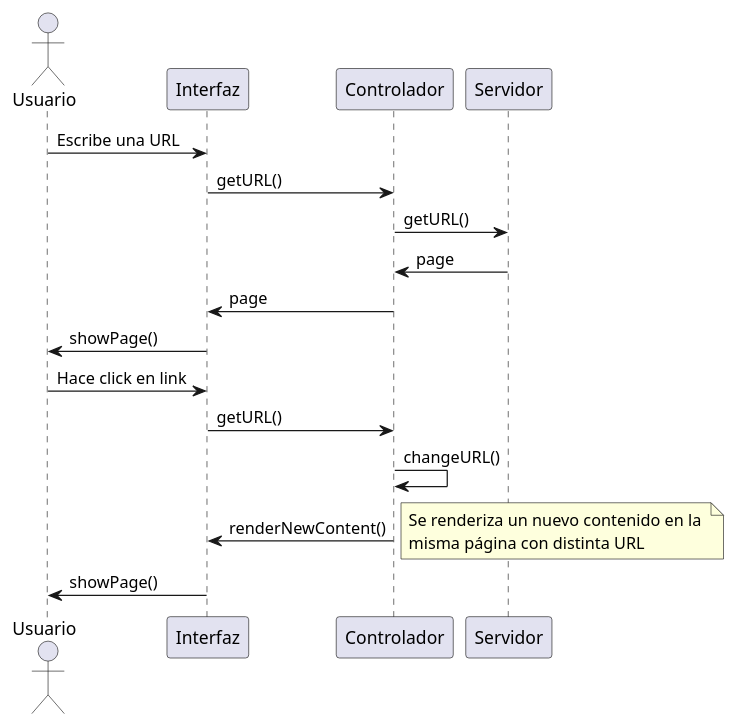
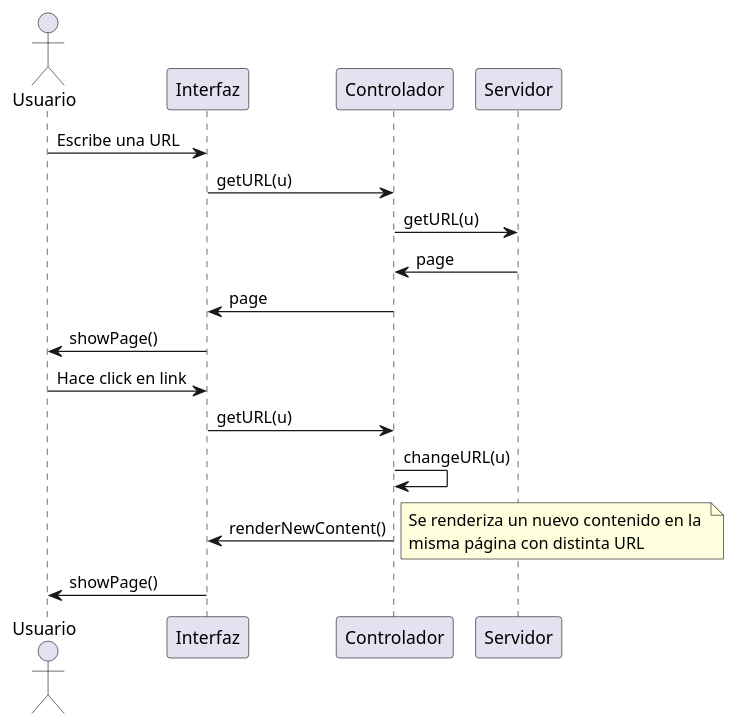
One commit to TFG-SGM/memoria changed the second of 2 diagrams in templateAPP/input/chapters/02_arte.md. Above: the diagram before and after it, drawn with PlantUML. The commit also changed other lines of this file and 47 other files, not shown here.

````diff
--- a/templateAPP/input/chapters/02_arte.md
+++ b/templateAPP/input/chapters/02_arte.md
@@ -119,25 +119,25 @@
 ```{.plantuml #capitulo2:enrutado-cliente caption="Enrutado en el lado del cliente" frame=single}
 @startuml
 actor Usuario
 
 Usuario -> Interfaz: Escribe una URL
-Interfaz -> Controlador: getURL()
-Controlador -> Servidor: getURL()
+Interfaz -> Controlador: getURL(u)
+Controlador -> Servidor: getURL(u)
 
 Servidor -> Controlador: page
 Controlador -> Interfaz: page
 Interfaz -> Usuario: showPage()
 
 Usuario -> Interfaz: Hace click en link
-Interfaz -> Controlador: getURL()
-Controlador -> Controlador: changeURL()
+Interfaz -> Controlador: getURL(u)
+Controlador -> Controlador: changeURL(u)
 Controlador -> Interfaz: renderNewContent()
 
 note right
 Se renderiza un nuevo contenido en la 
 misma página con distinta URL
 end note
 
 Interfaz -> Usuario: showPage()
 @enduml
 ```
````
